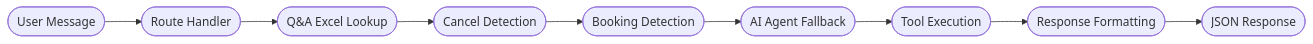
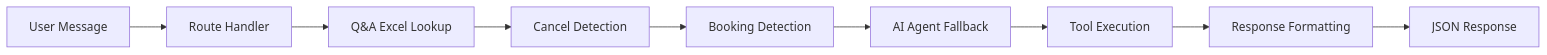
Before and after one commit to chaitanyasaiyerra/Musuem-chatbot: the second of 5 diagrams in TECHNICAL_GUIDE.md, drawn with Mermaid. The commit also changed other lines of this file and 1 other file, not shown here.

Commit message:
docs: wrap mermaid nodes in standard boxes with quotes to prevent text wrapping

````diff
--- a/TECHNICAL_GUIDE.md
+++ b/TECHNICAL_GUIDE.md
@@ -197,11 +197,11 @@
 ```mermaid
 graph LR
-    A([User Message]) --> B([Route Handler])
-    B --> C([Q&A Excel Lookup])
-    C --> D([Cancel Detection])
-    D --> E([Booking Detection])
-    E --> F([AI Agent Fallback])
-    F --> G([Tool Execution])
-    G --> H([Response Formatting])
-    H --> I([JSON Response])
+    A["User Message"] --> B["Route Handler"]
+    B --> C["Q&A Excel Lookup"]
+    C --> D["Cancel Detection"]
+    D --> E["Booking Detection"]
+    E --> F["AI Agent Fallback"]
+    F --> G["Tool Execution"]
+    G --> H["Response Formatting"]
+    H --> I["JSON Response"]
 ```
````
